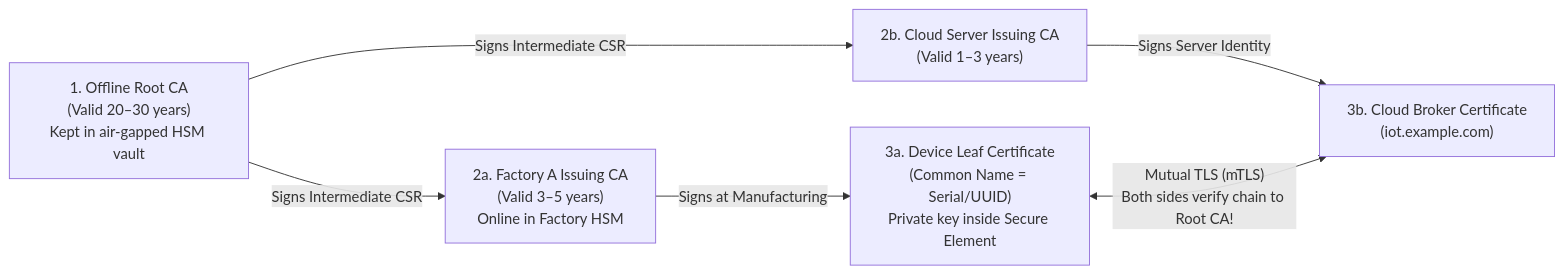
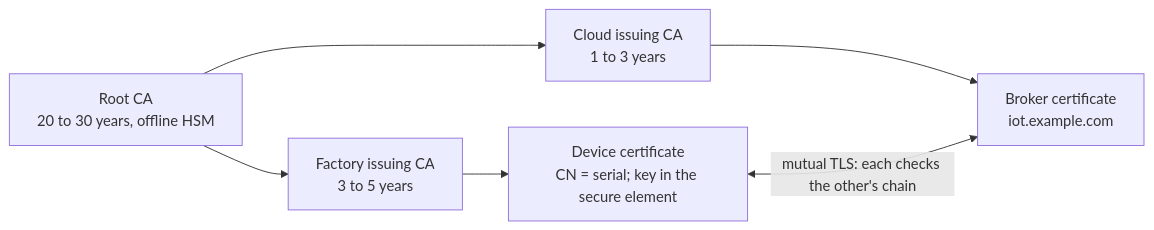
Before and after one commit to markbac/posters: the first of 2 diagrams in posters/software/security/pki-x509-hsm.md, drawn with Mermaid. The commit also changed other lines of this file and 57 other files, not shown here.

````diff
--- a/posters/software/security/pki-x509-hsm.md
+++ b/posters/software/security/pki-x509-hsm.md
@@ -39,8 +37,8 @@
 ```mermaid
 flowchart LR
-  Root["1. Offline Root CA\n(Valid 20–30 years)\nKept in air-gapped HSM vault"] -->|"Signs Intermediate CSR"| IntA["2a. Factory A Issuing CA\n(Valid 3–5 years)\nOnline in Factory HSM"]
-  Root -->|"Signs Intermediate CSR"| IntB["2b. Cloud Server Issuing CA\n(Valid 1–3 years)"]
-  IntA -->|"Signs at Manufacturing"| Dev["3a. Device Leaf Certificate\n(Common Name = Serial/UUID)\nPrivate key inside Secure Element"]
-  IntB -->|"Signs Server Identity"| Svr["3b. Cloud Broker Certificate\n(iot.example.com)"]
-  Dev <-->|"Mutual TLS (mTLS)\nBoth sides verify chain to Root CA!"| Svr
+  Root["Root CA<br/>20 to 30 years, offline HSM"] --> IntA["Factory issuing CA<br/>3 to 5 years"]
+  Root --> IntB["Cloud issuing CA<br/>1 to 3 years"]
+  IntA --> Dev["Device certificate<br/>CN = serial; key in the secure element"]
+  IntB --> Svr["Broker certificate<br/>iot.example.com"]
+  Dev <-->|"mutual TLS: each checks the other's chain"| Svr
 ```
````
